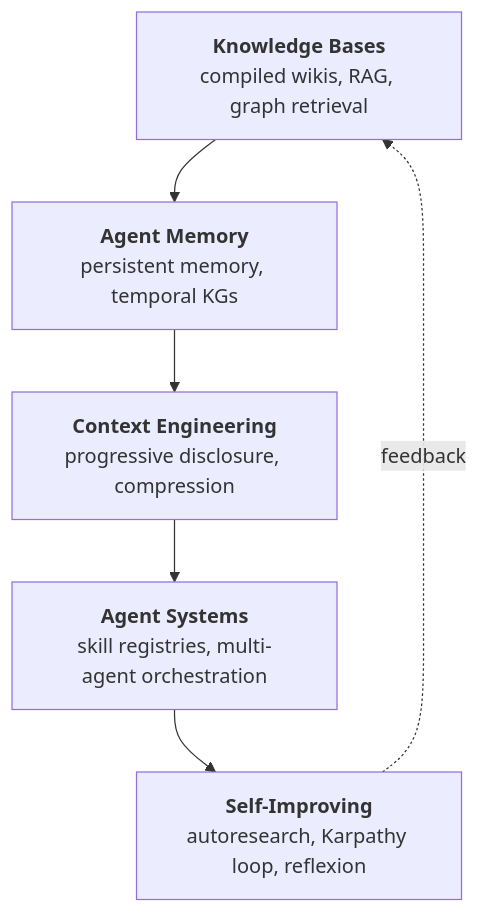
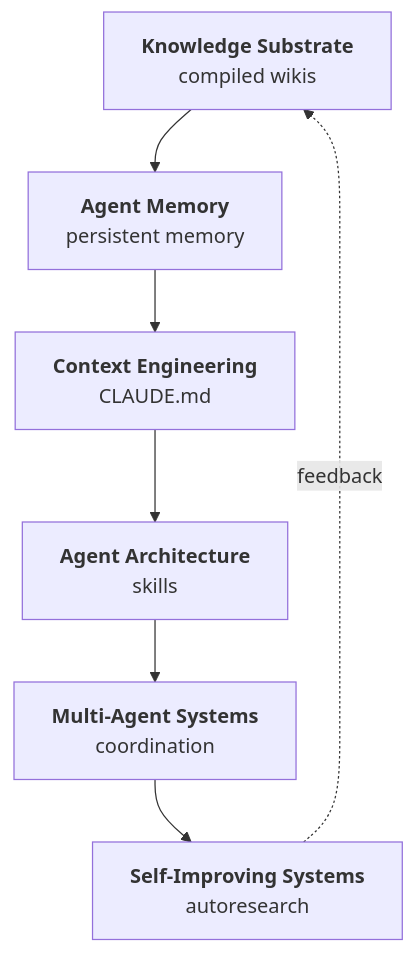
The diagram in wiki/field-map.md (chappyasel/meta-kb), drawn with Mermaid before and after one commit. The commit also changed other lines of this file and 416 other files, not shown here.

````diff
--- a/wiki/field-map.md
+++ b/wiki/field-map.md
@@ -19,13 +27,15 @@
 ```mermaid
 graph TB
-  knowledge-bases["<b>Knowledge Bases</b><br/>compiled wikis, RAG, graph retrieval"]
-  agent-memory["<b>Agent Memory</b><br/>persistent memory, temporal KGs"]
-  context-engineering["<b>Context Engineering</b><br/>progressive disclosure, compression"]
-  agent-systems["<b>Agent Systems</b><br/>skill registries, multi-agent orchestration"]
-  self-improving["<b>Self-Improving</b><br/>autoresearch, Karpathy loop, reflexion"]
-  knowledge-bases --> agent-memory
+  knowledge-substrate["<b>Knowledge Substrate</b><br/>compiled wikis"]
+  agent-memory["<b>Agent Memory</b><br/>persistent memory"]
+  context-engineering["<b>Context Engineering</b><br/>CLAUDE.md"]
+  agent-architecture["<b>Agent Architecture</b><br/>skills"]
+  multi-agent-systems["<b>Multi-Agent Systems</b><br/>coordination"]
+  self-improving["<b>Self-Improving Systems</b><br/>autoresearch"]
+  knowledge-substrate --> agent-memory
   agent-memory --> context-engineering
-  context-engineering --> agent-systems
-  agent-systems --> self-improving
-  self-improving -.->|feedback| knowledge-bases
+  context-engineering --> agent-architecture
+  agent-architecture --> multi-agent-systems
+  multi-agent-systems --> self-improving
+  self-improving -.->|feedback| knowledge-substrate
 ```
````
